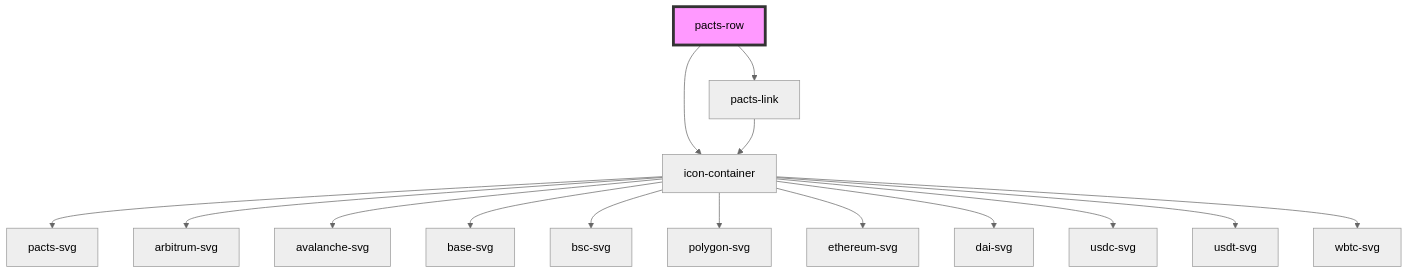
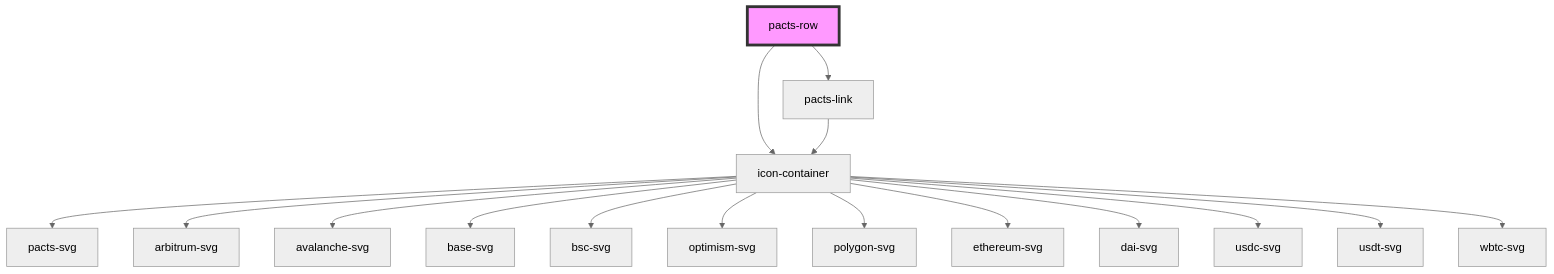
Before and after one commit to PactsTech/pacts-components: the diagram in packages/stencil-components/src/components/pacts-row/readme.md, drawn with Mermaid (neutral theme). The commit also changed 9 other files, not shown here.

````diff
--- a/packages/stencil-components/src/components/pacts-row/readme.md
+++ b/packages/stencil-components/src/components/pacts-row/readme.md
@@ -24,18 +24,19 @@
 ```mermaid
 graph TD;
   pacts-row --> icon-container
   pacts-row --> pacts-link
   icon-container --> pacts-svg
   icon-container --> arbitrum-svg
   icon-container --> avalanche-svg
   icon-container --> base-svg
   icon-container --> bsc-svg
+  icon-container --> optimism-svg
   icon-container --> polygon-svg
   icon-container --> ethereum-svg
   icon-container --> dai-svg
   icon-container --> usdc-svg
   icon-container --> usdt-svg
   icon-container --> wbtc-svg
   pacts-link --> icon-container
   style pacts-row fill:#f9f,stroke:#333,stroke-width:4px
 ```
````
